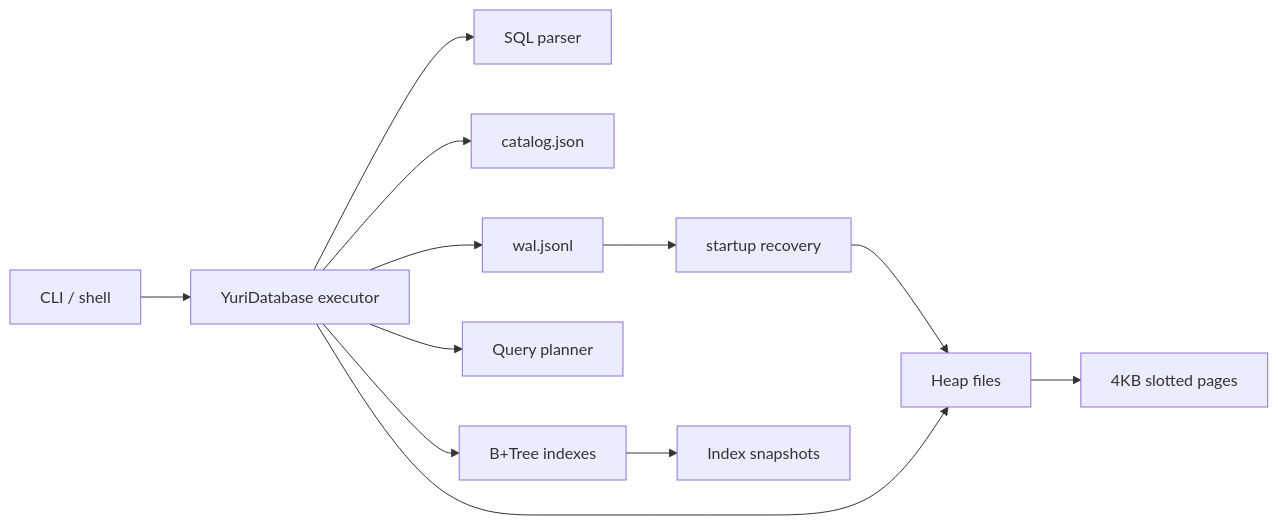
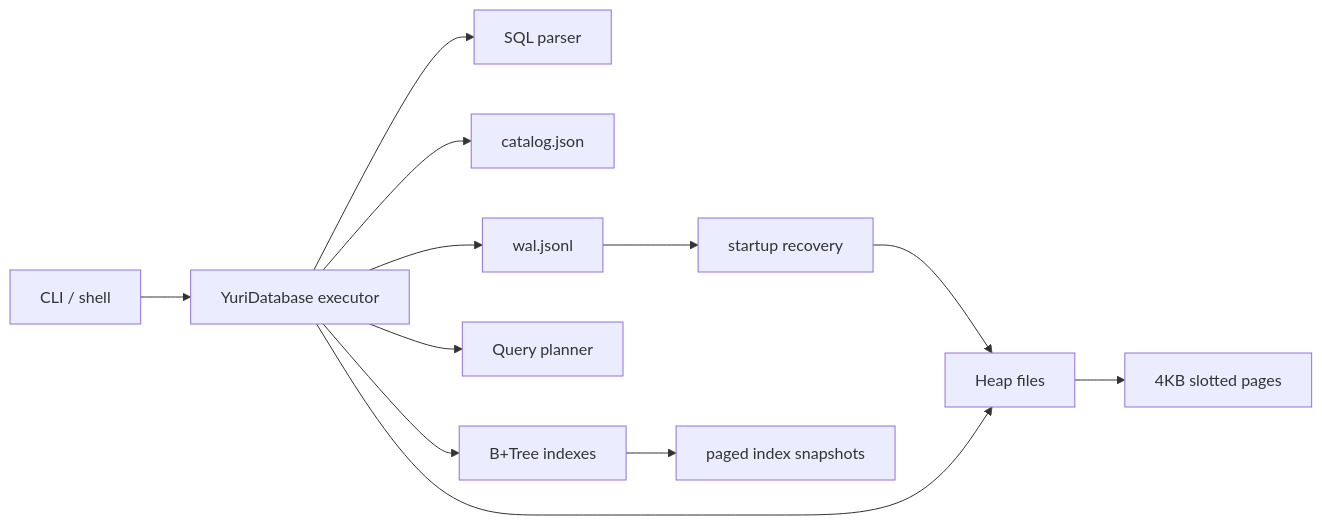
One commit to yuribarbosacouto/yuri-db-lab changed the diagram in README.md. Above: the diagram before and after it, drawn with Mermaid. The commit also changed other lines of this file and 18 other files, not shown here.

Commit message:
Add page-backed index snapshots

````diff
--- a/README.md
+++ b/README.md
@@ -107,14 +108,14 @@
 ```mermaid
 flowchart LR
   CLI["CLI / shell"] --> DB["YuriDatabase executor"]
   DB --> Parser["SQL parser"]
   DB --> Catalog["catalog.json"]
   DB --> WAL["wal.jsonl"]
   WAL --> Recovery["startup recovery"]
   Recovery --> Heap
   DB --> Planner["Query planner"]
   DB --> Heap["Heap files"]
   Heap --> Pages["4KB slotted pages"]
   DB --> Index["B+Tree indexes"]
-  Index --> Snapshots["Index snapshots"]
+  Index --> IndexPages["paged index snapshots"]
 ```
````
